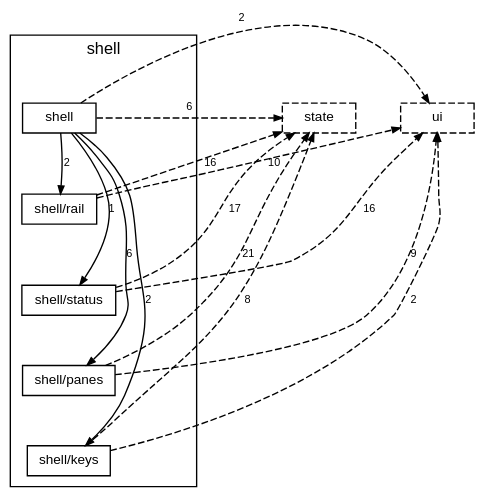
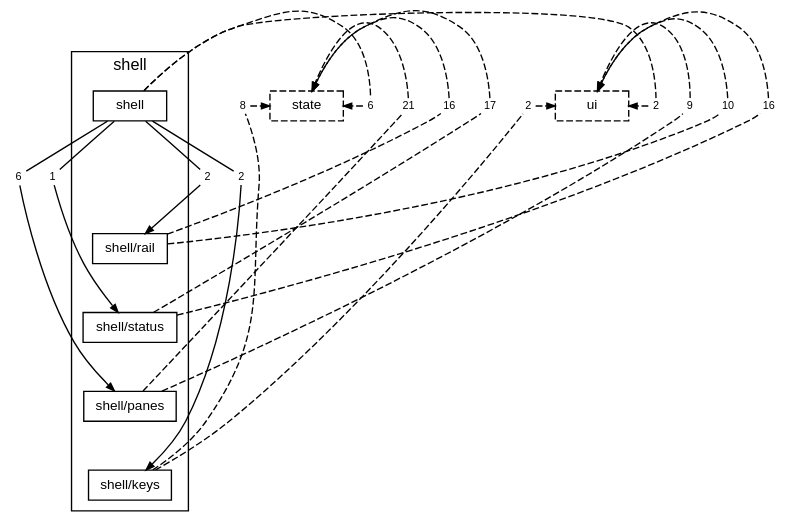
The diagram in docs/diagrams/layer-shell.dot (TheAxeC/oculus), drawn with Graphviz before and after one commit. The commit also changed 433 other files, not shown here.

```diff
--- a/docs/diagrams/layer-shell.dot
+++ b/docs/diagrams/layer-shell.dot
@@ -1,33 +1,61 @@
 digraph layer_shell {
     graph [bgcolor="transparent", rankdir=TB, newrank=true, fontname="Helvetica,Arial,sans-serif", fontsize=12, nodesep=0.2, ranksep=0.5];
     node [shape=box, color="black", fontcolor="black", fontname="Helvetica,Arial,sans-serif", fontsize=10, height=0.3, margin="0.12,0.04"];
     edge [color="black", fontcolor="black", fontname="Helvetica,Arial,sans-serif", fontsize=8, arrowsize=0.6];
     subgraph "cluster_shell" {
         label="shell"; style=solid;
         "folder shell" [label="shell"];
         "folder shell/rail" [label="shell/rail"];
         "folder shell/status" [label="shell/status"];
         "folder shell/panes" [label="shell/panes"];
         "folder shell/keys" [label="shell/keys"];
     }
     "layer state" [label="state", style=dashed];
     "layer ui" [label="ui", style=dashed];
     "folder shell" -> "folder shell/rail" [style=invis, weight=10];
     "folder shell/rail" -> "folder shell/status" [style=invis, weight=10];
     "folder shell/status" -> "folder shell/panes" [style=invis, weight=10];
     "folder shell/panes" -> "folder shell/keys" [style=invis, weight=10];
-    "folder shell" -> "folder shell/keys" [label="2"];
-    "folder shell" -> "folder shell/panes" [label="6"];
-    "folder shell" -> "folder shell/rail" [label="2"];
-    "folder shell" -> "folder shell/status" [label="1"];
-    "folder shell" -> "layer state" [label="6", style=dashed, constraint=false];
-    "folder shell" -> "layer ui" [label="2", style=dashed, constraint=false];
-    "folder shell/keys" -> "layer state" [label="8", style=dashed, constraint=false];
-    "folder shell/keys" -> "layer ui" [label="2", style=dashed, constraint=false];
-    "folder shell/panes" -> "layer state" [label="21", style=dashed, constraint=false];
-    "folder shell/panes" -> "layer ui" [label="9", style=dashed, constraint=false];
-    "folder shell/rail" -> "layer state" [label="16", style=dashed, constraint=false];
-    "folder shell/rail" -> "layer ui" [label="10", style=dashed, constraint=false];
-    "folder shell/status" -> "layer state" [label="17", style=dashed, constraint=false];
-    "folder shell/status" -> "layer ui" [label="16", style=dashed, constraint=false];
+    "folder shell to folder shell/keys" [label="2", shape=box, color="transparent", fontsize=8, width=0, height=0, margin="0.04,0.02"];
+    "folder shell" -> "folder shell to folder shell/keys" [arrowhead=none];
+    "folder shell to folder shell/keys" -> "folder shell/keys" [];
+    "folder shell to folder shell/panes" [label="6", shape=box, color="transparent", fontsize=8, width=0, height=0, margin="0.04,0.02"];
+    "folder shell" -> "folder shell to folder shell/panes" [arrowhead=none];
+    "folder shell to folder shell/panes" -> "folder shell/panes" [];
+    "folder shell to folder shell/rail" [label="2", shape=box, color="transparent", fontsize=8, width=0, height=0, margin="0.04,0.02"];
+    "folder shell" -> "folder shell to folder shell/rail" [arrowhead=none];
+    "folder shell to folder shell/rail" -> "folder shell/rail" [];
+    "folder shell to folder shell/status" [label="1", shape=box, color="transparent", fontsize=8, width=0, height=0, margin="0.04,0.02"];
+    "folder shell" -> "folder shell to folder shell/status" [arrowhead=none];
+    "folder shell to folder shell/status" -> "folder shell/status" [];
+    "folder shell to layer state" [label="6", shape=box, color="transparent", fontsize=8, width=0, height=0, margin="0.04,0.02"];
+    "folder shell" -> "folder shell to layer state" [arrowhead=none, style=dashed, constraint=false];
+    "folder shell to layer state" -> "layer state" [style=dashed, constraint=false];
+    "folder shell to layer ui" [label="2", shape=box, color="transparent", fontsize=8, width=0, height=0, margin="0.04,0.02"];
+    "folder shell" -> "folder shell to layer ui" [arrowhead=none, style=dashed, constraint=false];
+    "folder shell to layer ui" -> "layer ui" [style=dashed, constraint=false];
+    "folder shell/keys to layer state" [label="8", shape=box, color="transparent", fontsize=8, width=0, height=0, margin="0.04,0.02"];
+    "folder shell/keys" -> "folder shell/keys to layer state" [arrowhead=none, style=dashed, constraint=false];
+    "folder shell/keys to layer state" -> "layer state" [style=dashed, constraint=false];
+    "folder shell/keys to layer ui" [label="2", shape=box, color="transparent", fontsize=8, width=0, height=0, margin="0.04,0.02"];
+    "folder shell/keys" -> "folder shell/keys to layer ui" [arrowhead=none, style=dashed, constraint=false];
+    "folder shell/keys to layer ui" -> "layer ui" [style=dashed, constraint=false];
+    "folder shell/panes to layer state" [label="21", shape=box, color="transparent", fontsize=8, width=0, height=0, margin="0.04,0.02"];
+    "folder shell/panes" -> "folder shell/panes to layer state" [arrowhead=none, style=dashed, constraint=false];
+    "folder shell/panes to layer state" -> "layer state" [style=dashed, constraint=false];
+    "folder shell/panes to layer ui" [label="9", shape=box, color="transparent", fontsize=8, width=0, height=0, margin="0.04,0.02"];
+    "folder shell/panes" -> "folder shell/panes to layer ui" [arrowhead=none, style=dashed, constraint=false];
+    "folder shell/panes to layer ui" -> "layer ui" [style=dashed, constraint=false];
+    "folder shell/rail to layer state" [label="16", shape=box, color="transparent", fontsize=8, width=0, height=0, margin="0.04,0.02"];
+    "folder shell/rail" -> "folder shell/rail to layer state" [arrowhead=none, style=dashed, constraint=false];
+    "folder shell/rail to layer state" -> "layer state" [style=dashed, constraint=false];
+    "folder shell/rail to layer ui" [label="10", shape=box, color="transparent", fontsize=8, width=0, height=0, margin="0.04,0.02"];
+    "folder shell/rail" -> "folder shell/rail to layer ui" [arrowhead=none, style=dashed, constraint=false];
+    "folder shell/rail to layer ui" -> "layer ui" [style=dashed, constraint=false];
+    "folder shell/status to layer state" [label="17", shape=box, color="transparent", fontsize=8, width=0, height=0, margin="0.04,0.02"];
+    "folder shell/status" -> "folder shell/status to layer state" [arrowhead=none, style=dashed, constraint=false];
+    "folder shell/status to layer state" -> "layer state" [style=dashed, constraint=false];
+    "folder shell/status to layer ui" [label="16", shape=box, color="transparent", fontsize=8, width=0, height=0, margin="0.04,0.02"];
+    "folder shell/status" -> "folder shell/status to layer ui" [arrowhead=none, style=dashed, constraint=false];
+    "folder shell/status to layer ui" -> "layer ui" [style=dashed, constraint=false];
 }
```
